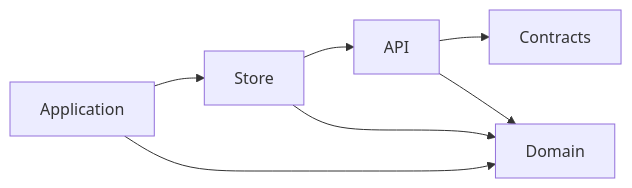
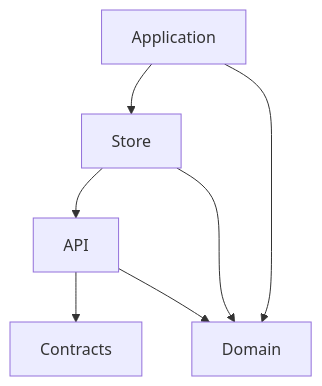
The diagram in docs/Frontend Architecture.md (adesso-austria/workshop-architectures-love-js), drawn with Mermaid before and after one commit. The commit also changed 1 other file, not shown here.

Commit message:
feat(docs): refine architecture

````diff
--- a/docs/Frontend Architecture.md
+++ b/docs/Frontend Architecture.md
@@ -1,9 +1,9 @@
 ```mermaid
-flowchart LR
+flowchart
 API-->Contracts
 API-->Domain
 Store-->API
 Store-->Domain
 Application-->Store
 Application-->Domain
 ```
````
